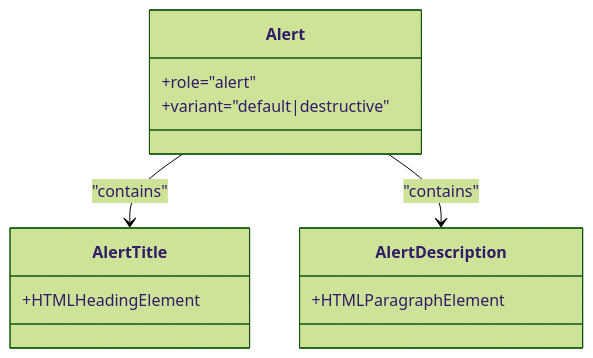
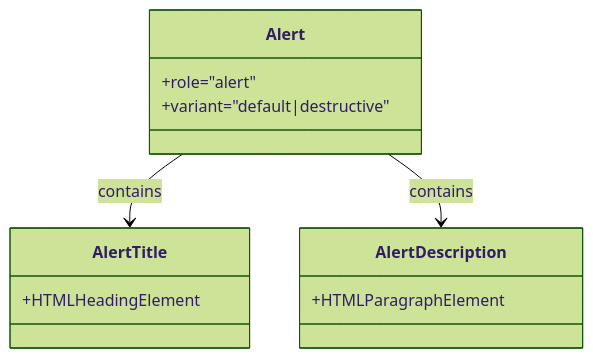
One commit to mohjak/sc-dof changed the third of 8 diagrams in .qoder/repowiki/en/content/Component Reference/UI Component Library/Overlay Components.md. Above: the diagram before and after it, drawn with Mermaid (forest theme). The commit also changed other lines of this file and 68 other files, not shown here.

First line of the commit message:
docs(docs): update component architecture docs with markdown formatting fixes

````diff
--- a/.qoder/repowiki/en/content/Component Reference/UI Component Library/Overlay Components.md
+++ b/.qoder/repowiki/en/content/Component Reference/UI Component Library/Overlay Components.md
@@ -132,15 +130,15 @@
 ```mermaid
 classDiagram
 class Alert {
 +role="alert"
 +variant="default|destructive"
 }
 class AlertTitle {
 +HTMLHeadingElement
 }
 class AlertDescription {
 +HTMLParagraphElement
 }
-Alert --> AlertTitle : "contains"
-Alert --> AlertDescription : "contains"
+Alert --> AlertTitle : contains
+Alert --> AlertDescription : contains
 ```
````
